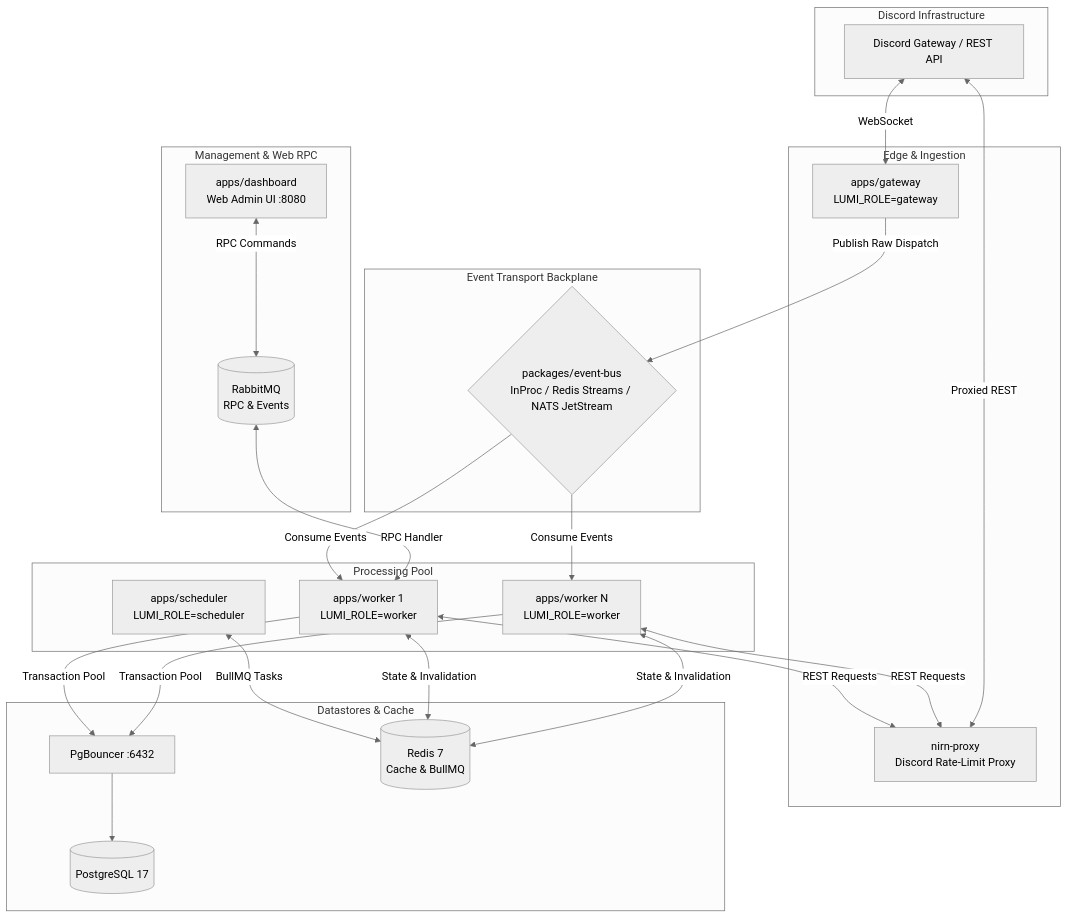
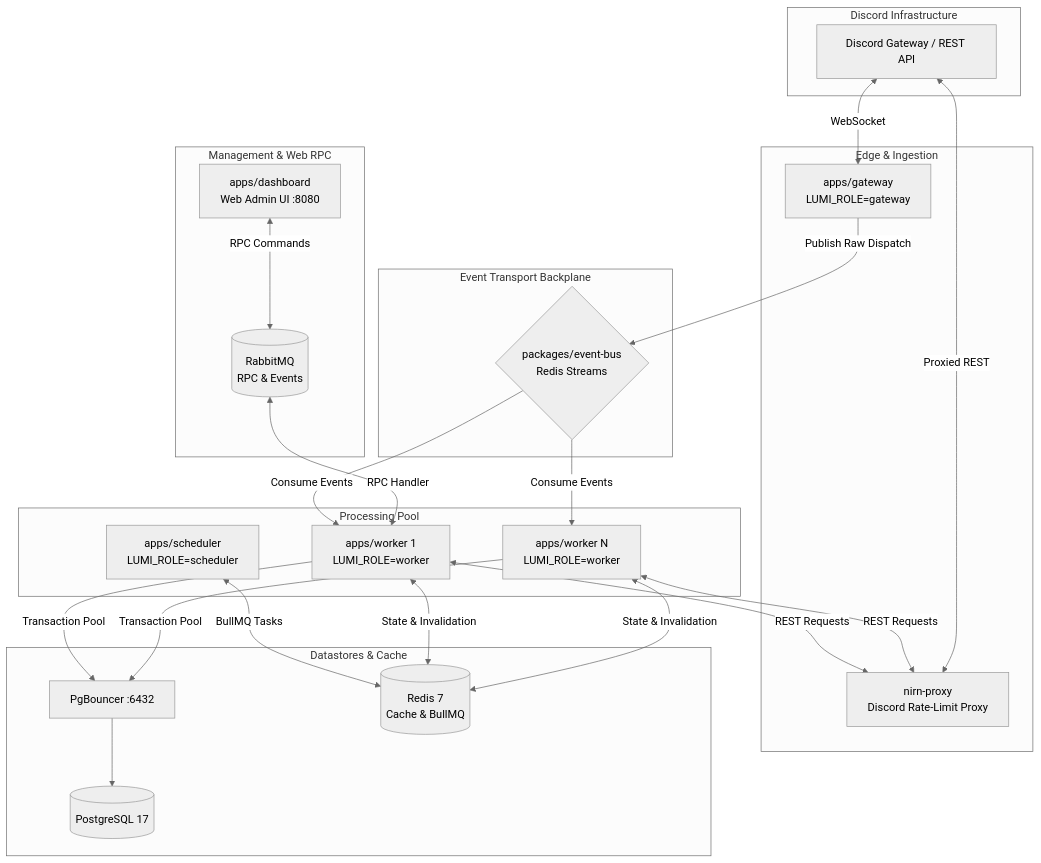
One commit to lumi-devs/Lumi changed the first of 2 diagrams in docs/architecture.md. Above: the diagram before and after it, drawn with Mermaid (neutral theme). The commit also changed other lines of this file and 4 other files, not shown here.

````diff
--- a/docs/architecture.md
+++ b/docs/architecture.md
@@ -7,52 +7,52 @@
 ```mermaid
 graph TD
     subgraph Discord Infrastructure
         DC[Discord Gateway / REST API]
     end
 
     subgraph Edge & Ingestion
         GW[apps/gateway<br/>LUMI_ROLE=gateway]
         PX[nirn-proxy<br/>Discord Rate-Limit Proxy]
     end
 
     subgraph Event Transport Backplane
-        EB{packages/event-bus<br/>InProc / Redis Streams / NATS JetStream}
+        EB{packages/event-bus<br/>Redis Streams}
     end
 
     subgraph Processing Pool
         WK1[apps/worker 1<br/>LUMI_ROLE=worker]
         WK2[apps/worker N<br/>LUMI_ROLE=worker]
         SCH[apps/scheduler<br/>LUMI_ROLE=scheduler]
     end
 
     subgraph Management & Web RPC
         DB_APP[apps/dashboard<br/>Web Admin UI :8080]
         MQ[(RabbitMQ<br/>RPC & Events)]
     end
 
     subgraph Datastores & Cache
         PG[(PostgreSQL 17)]
         PGB[PgBouncer :6432]
         RD[(Redis 7<br/>Cache & BullMQ)]
     end
 
     DC <-->|WebSocket| GW
     GW -->|Publish Raw Dispatch| EB
     EB -->|Consume Events| WK1
     EB -->|Consume Events| WK2
 
     WK1 <-->|REST Requests| PX
     WK2 <-->|REST Requests| PX
     PX <-->|Proxied REST| DC
 
     SCH <-->|BullMQ Tasks| RD
 
     WK1 -->|Transaction Pool| PGB
     WK2 -->|Transaction Pool| PGB
     PGB --> PG
     WK1 <-->|State & Invalidation| RD
     WK2 <-->|State & Invalidation| RD
 
     DB_APP <-->|RPC Commands| MQ
     MQ <-->|RPC Handler| WK1
 ```
````
